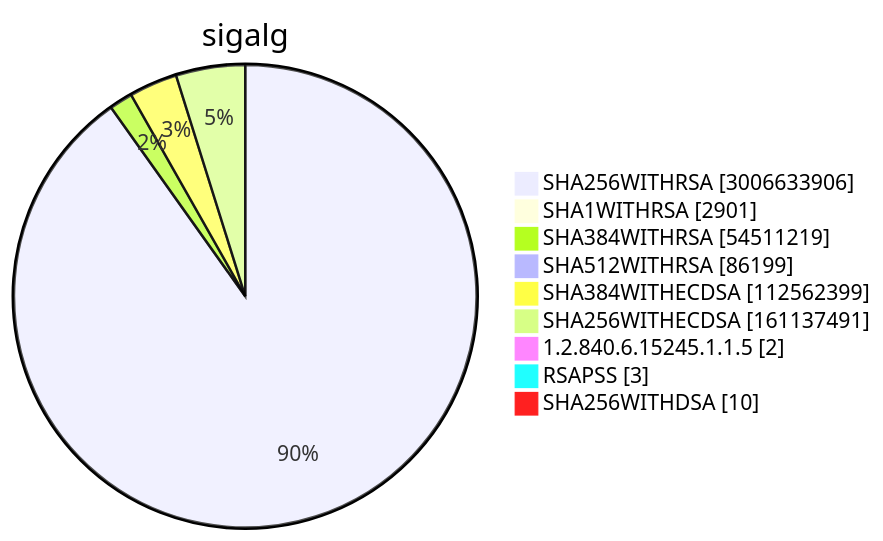
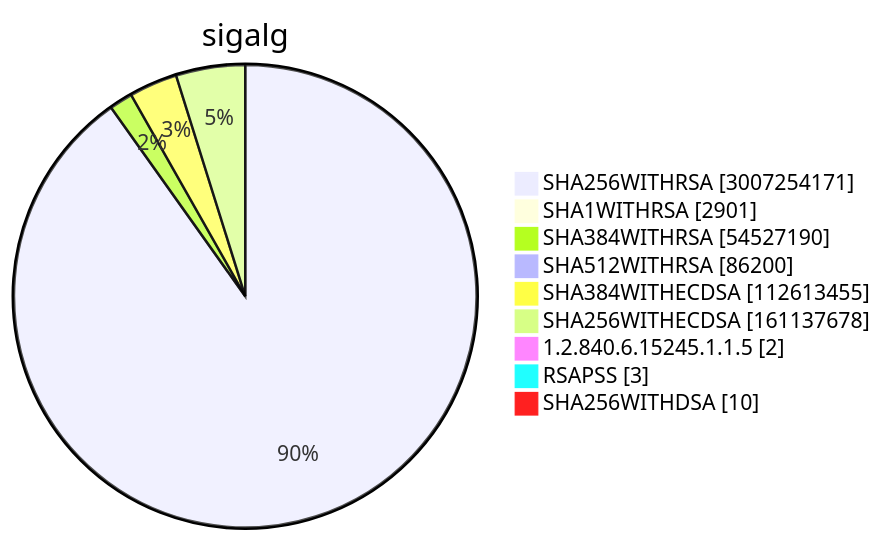
Before and after one commit to christiankrug/ctmonitor_visualization: diagram 15 of 15 in TOTAL/README.md, drawn with Mermaid. The commit also changed other lines of this file, not shown here.

````diff
--- a/TOTAL/README.md
+++ b/TOTAL/README.md
@@ -6208,13 +6208,13 @@
 ```mermaid
 pie showData
 title sigalg
-"SHA256WITHRSA" :3006633906
+"SHA256WITHRSA" :3007254171
 "SHA1WITHRSA" :2901
-"SHA384WITHRSA" :54511219
-"SHA512WITHRSA" :86199
-"SHA384WITHECDSA" :112562399
-"SHA256WITHECDSA" :161137491
+"SHA384WITHRSA" :54527190
+"SHA512WITHRSA" :86200
+"SHA384WITHECDSA" :112613455
+"SHA256WITHECDSA" :161137678
 "1.2.840.6.15245.1.1.5" :2
 "RSAPSS" :3
 "SHA256WITHDSA" :10
 ```
````
